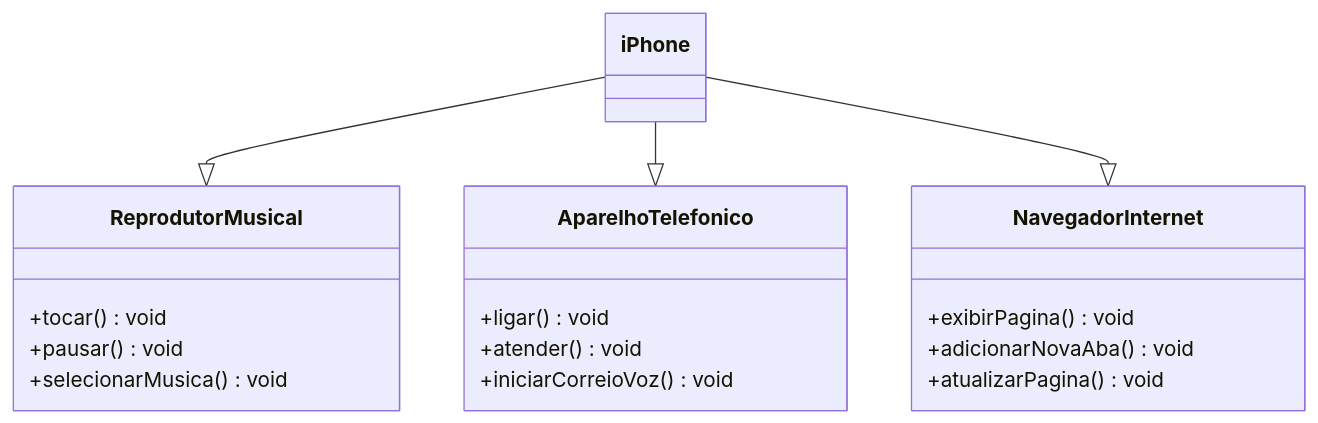
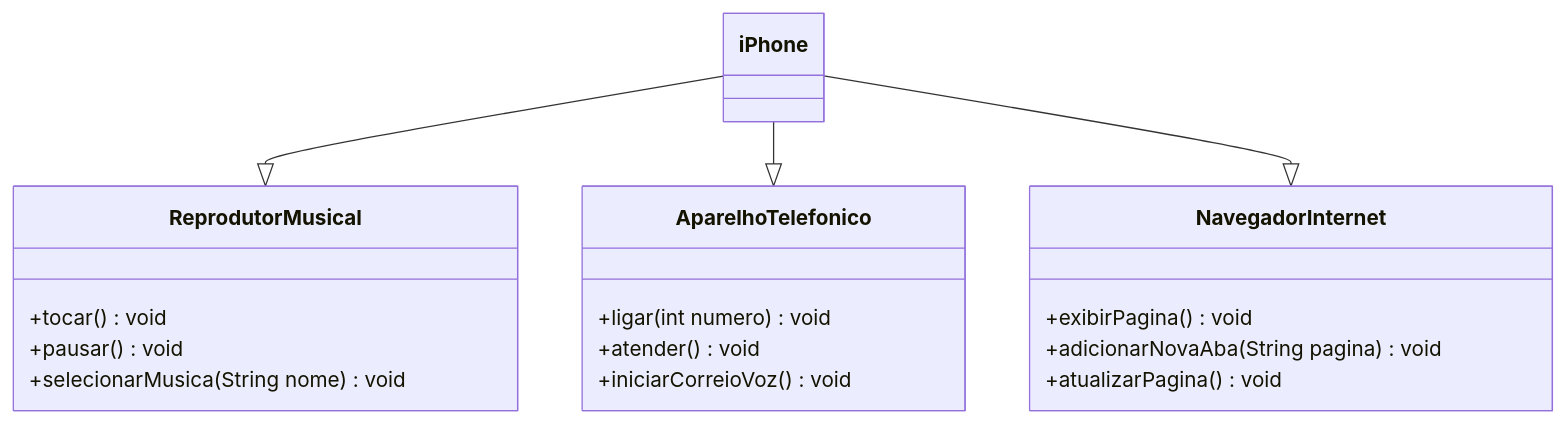
Before and after one commit to gyselle-marques/ModelagemIphone-DesafioDIO: the diagram in README.md, drawn with Mermaid. The commit also changed other lines of this file, not shown here.

Commit message:
README.md + UML (Mermaid)

````diff
--- a/README.md
+++ b/README.md
@@ -13,25 +13,25 @@
 ```mermaid
 classDiagram
     iPhone --|> ReprodutorMusical
     iPhone --|> AparelhoTelefonico
     iPhone --|> NavegadorInternet
 
     class ReprodutorMusical{
     
       +tocar()void
       +pausar()void
-      +selecionarMusica()void
+      +selecionarMusica(String nome)void
     }
     class AparelhoTelefonico{
 
-      +ligar()void
+      +ligar(int numero)void
       +atender()void
       +iniciarCorreioVoz()void
     }
     class NavegadorInternet{
       
       +exibirPagina()void
-      +adicionarNovaAba()void
+      +adicionarNovaAba(String pagina)void
       +atualizarPagina()void
     }
 ```
````
